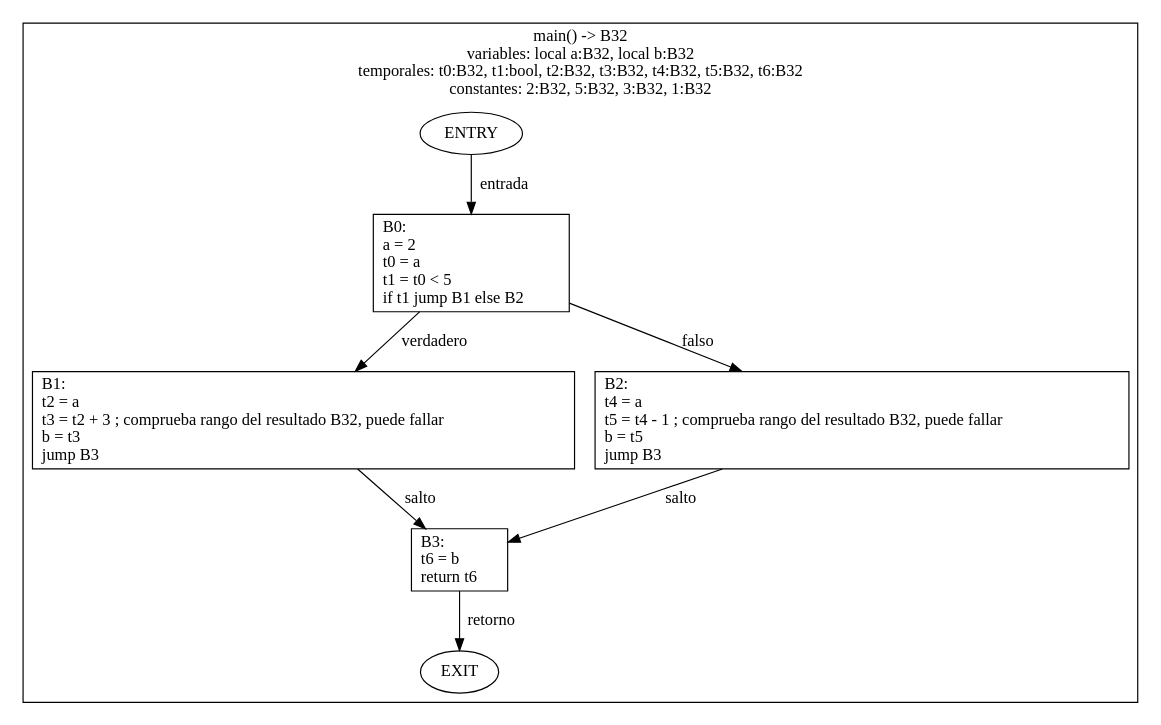
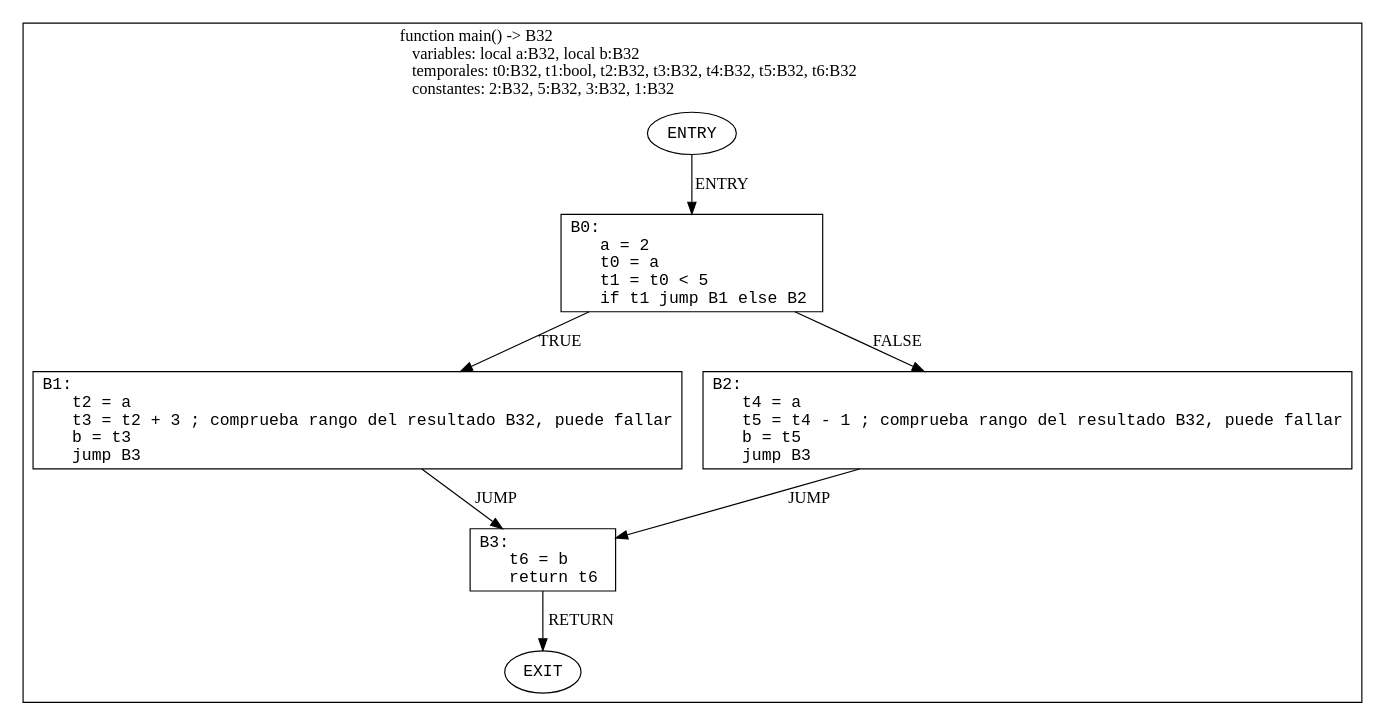
The diagram in docs/IR/ejemplo-flujo-IR.md (luisfeliTEC-0603/PIPER-COMPILER), drawn with Graphviz before and after one commit. The commit also changed other lines of this file and 20 other files, not shown here.

Commit message:
feat(CFG): Added graph generation to respective command, tests work and graph can be seen as .svg

````diff
--- a/docs/IR/ejemplo-flujo-IR.md
+++ b/docs/IR/ejemplo-flujo-IR.md
@@ -221,19 +221,22 @@
 ```dot
-digraph EjemploIR {
-    subgraph cluster_r0 {
-        label="main() -> B32\nvariables: local a:B32, local b:B32\ntemporales: t0:B32, t1:bool, t2:B32, t3:B32, t4:B32, t5:B32, t6:B32\nconstantes: 2:B32, 5:B32, 3:B32, 1:B32";
-        r0_entry [label="ENTRY"];
-        r0_b0 [shape=box, label="B0:\la = 2\lt0 = a\lt1 = t0 < 5\lif t1 jump B1 else B2\l"];
-        r0_b1 [shape=box, label="B1:\lt2 = a\lt3 = t2 + 3 ; comprueba rango del resultado B32, puede fallar\lb = t3\ljump B3\l"];
-        r0_b2 [shape=box, label="B2:\lt4 = a\lt5 = t4 - 1 ; comprueba rango del resultado B32, puede fallar\lb = t5\ljump B3\l"];
-        r0_b3 [shape=box, label="B3:\lt6 = b\lreturn t6\l"];
-        r0_exit [label="EXIT"];
-        r0_entry -> r0_b0 [label="entrada"];
-        r0_b0 -> r0_b1 [label="verdadero"];
-        r0_b0 -> r0_b2 [label="falso"];
-        r0_b1 -> r0_b3 [label="salto"];
-        r0_b2 -> r0_b3 [label="salto"];
-        r0_b3 -> r0_exit [label="retorno"];
-    }
+digraph CFG {
+  rankdir=TB;
+  node [shape=box, fontname="monospace"];
+  subgraph cluster_r0 {
+    label="function main() -> B32\l    variables: local a:B32, local b:B32\l    temporales: t0:B32, t1:bool, t2:B32, t3:B32, t4:B32, t5:B32, t6:B32\l    constantes: 2:B32, 5:B32, 3:B32, 1:B32\l";
+    labelloc="t";
+    r0_entry [shape=oval, label="ENTRY"];
+    r0_b0 [label="B0:\l    a = 2\l    t0 = a\l    t1 = t0 < 5\l    if t1 jump B1 else B2\l"];
+    r0_b1 [label="B1:\l    t2 = a\l    t3 = t2 + 3 ; comprueba rango del resultado B32, puede fallar\l    b = t3\l    jump B3\l"];
+    r0_b2 [label="B2:\l    t4 = a\l    t5 = t4 - 1 ; comprueba rango del resultado B32, puede fallar\l    b = t5\l    jump B3\l"];
+    r0_b3 [label="B3:\l    t6 = b\l    return t6\l"];
+    r0_exit [shape=oval, label="EXIT"];
+    r0_entry -> r0_b0 [label="ENTRY"];
+    r0_b0 -> r0_b1 [label="TRUE"];
+    r0_b0 -> r0_b2 [label="FALSE"];
+    r0_b1 -> r0_b3 [label="JUMP"];
+    r0_b2 -> r0_b3 [label="JUMP"];
+    r0_b3 -> r0_exit [label="RETURN"];
+  }
 }
 ```
````
